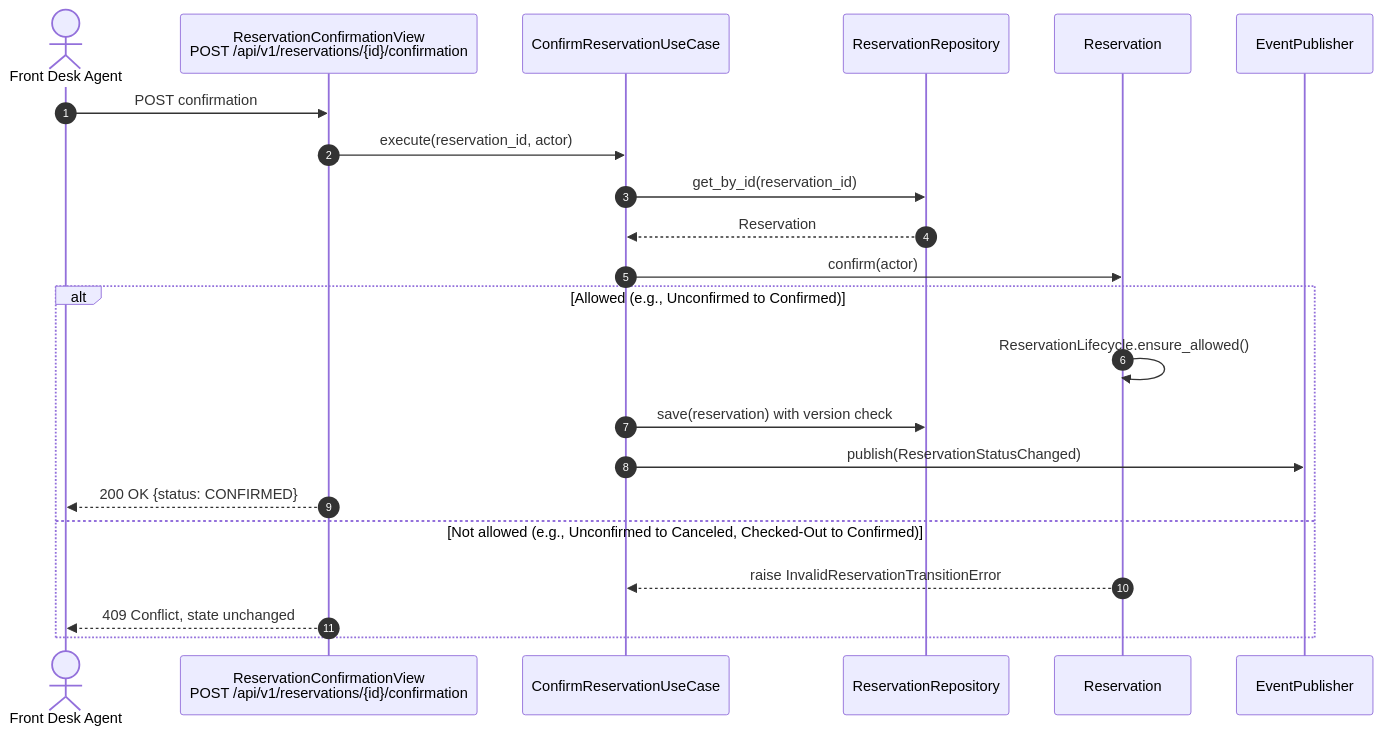
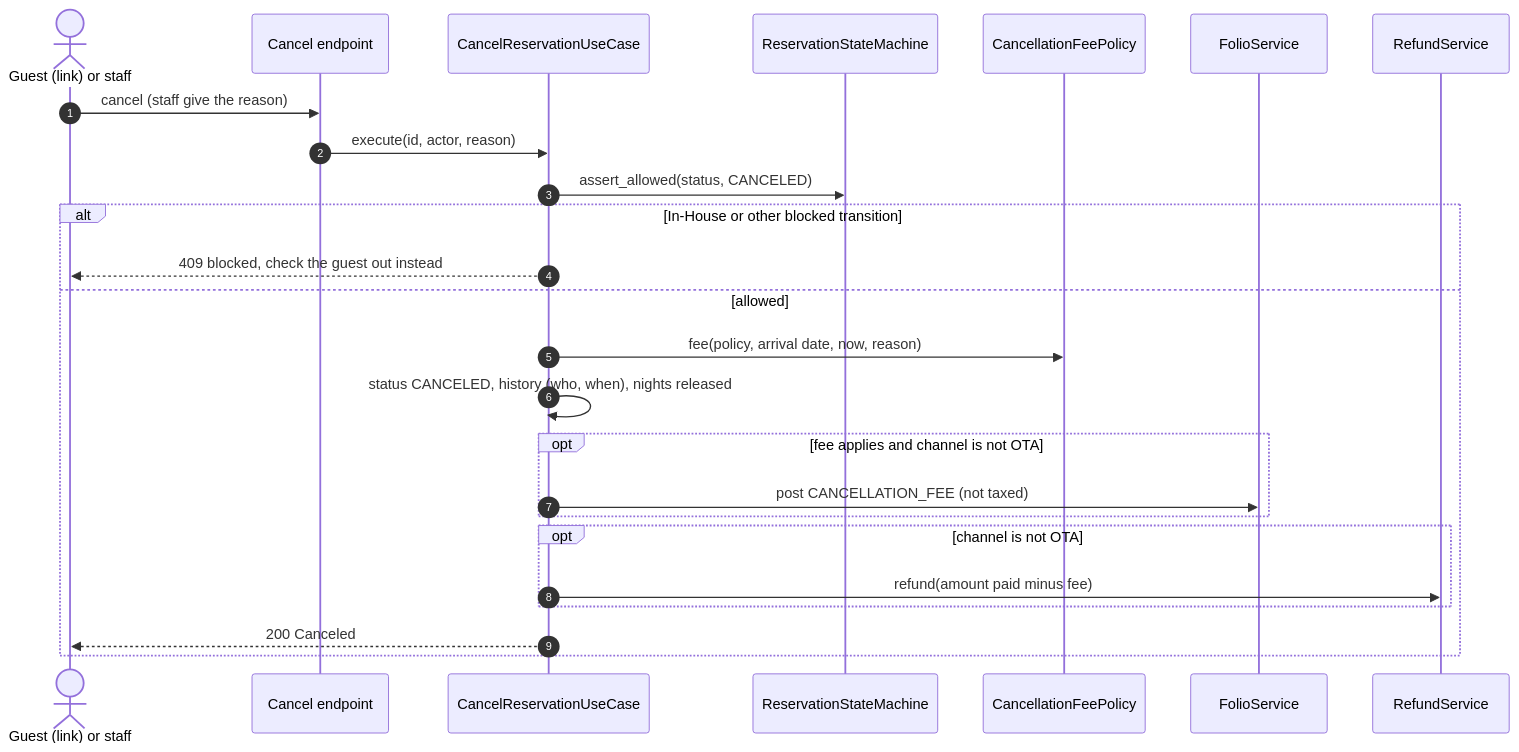
Before and after one commit to BraceroInSabot/Motel-Starmie: the fourth of 5 diagrams in docs/Initial Requirements/Diagrams/US-11 - Reservation Lifecycle Management.md, drawn with Mermaid. The commit also changed other lines of this file and 51 other files, not shown here.

````diff
--- a/docs/Initial Requirements/Diagrams/US-11 - Reservation Lifecycle Management.md
+++ b/docs/Initial Requirements/Diagrams/US-11 - Reservation Lifecycle Management.md
@@ -421,25 +276,28 @@
 ```mermaid
 sequenceDiagram
     autonumber
-    actor Agent as Front Desk Agent
-    participant View as ReservationConfirmationView<br/>POST /api/v1/reservations/{id}/confirmation
-    participant UC as ConfirmReservationUseCase
-    participant Repo as ReservationRepository
-    participant Res as Reservation
-    participant Bus as EventPublisher
+    actor Who as Guest (link) or staff
+    participant View as Cancel endpoint
+    participant UC as CancelReservationUseCase
+    participant SM as ReservationStateMachine
+    participant Fee as CancellationFeePolicy
+    participant Folio as FolioService
+    participant Refund as RefundService
 
-    Agent->>View: POST confirmation
-    View->>UC: execute(reservation_id, actor)
-    UC->>Repo: get_by_id(reservation_id)
-    Repo-->>UC: Reservation
-    UC->>Res: confirm(actor)
-    alt Allowed (e.g., Unconfirmed to Confirmed)
-        Res->>Res: ReservationLifecycle.ensure_allowed()
-        UC->>Repo: save(reservation) with version check
-        UC->>Bus: publish(ReservationStatusChanged)
-        View-->>Agent: 200 OK {status: CONFIRMED}
-    else Not allowed (e.g., Unconfirmed to Canceled, Checked-Out to Confirmed)
-        Res-->>UC: raise InvalidReservationTransitionError
-        View-->>Agent: 409 Conflict, state unchanged
+    Who->>View: cancel (staff give the reason)
+    View->>UC: execute(id, actor, reason)
+    UC->>SM: assert_allowed(status, CANCELED)
+    alt In-House or other blocked transition
+        UC-->>Who: 409 blocked, check the guest out instead
+    else allowed
+        UC->>Fee: fee(policy, arrival date, now, reason)
+        UC->>UC: status CANCELED, history (who, when), nights released
+        opt fee applies and channel is not OTA
+            UC->>Folio: post CANCELLATION_FEE (not taxed)
+        end
+        opt channel is not OTA
+            UC->>Refund: refund(amount paid minus fee)
+        end
+        UC-->>Who: 200 Canceled
     end
 ```
````
